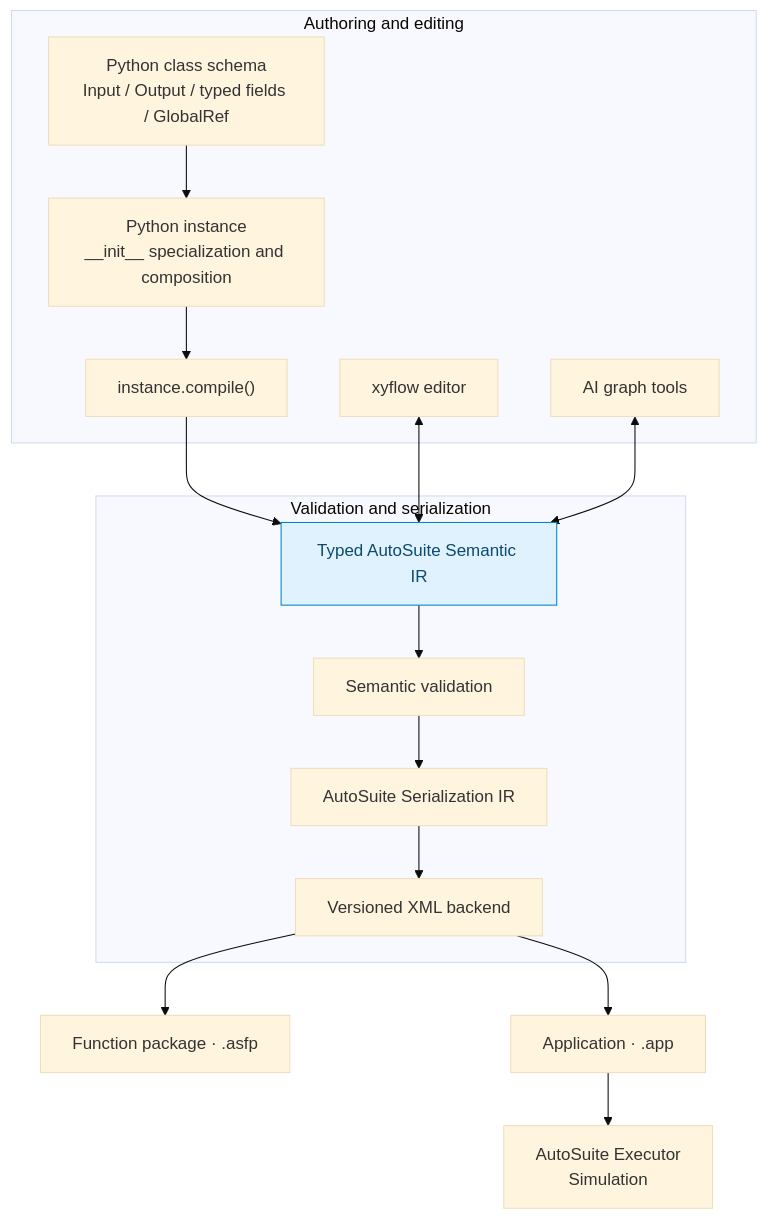
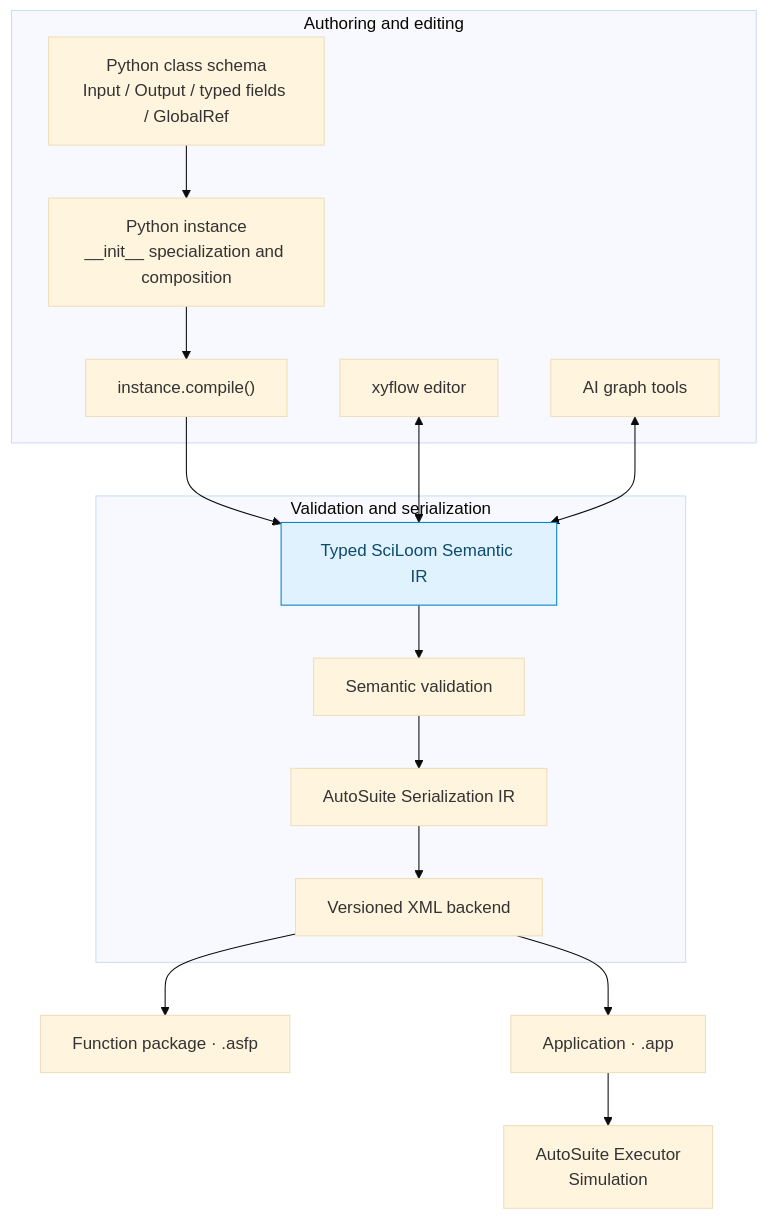
Before and after one commit to TsumiNa/sciloom: the diagram in docs/01_TARGET_ARCHITECTURE.md, drawn with Mermaid (base theme). The commit also changed 34 other files, not shown here.

First line of the commit message:
Define independently executable SciLoom IR semantics (#7)

````diff
--- a/docs/01_TARGET_ARCHITECTURE.md
+++ b/docs/01_TARGET_ARCHITECTURE.md
@@ -9,22 +9,22 @@
 ```mermaid
 flowchart TB
     subgraph Authoring["Authoring and editing"]
         Class["Python class schema<br/>Input / Output / typed fields / GlobalRef"] --> Instance["Python instance<br/>__init__ specialization and composition"]
         Instance --> Compile["instance.compile()"]
         GUI["xyflow editor"]
         AI["AI graph tools"]
     end
-    Compile --> IR["Typed AutoSuite Semantic IR"]
+    Compile --> IR["Typed SciLoom Semantic IR"]
     GUI <--> IR
     AI <--> IR
     subgraph Backend["Validation and serialization"]
         IR --> Validate["Semantic validation"]
         Validate --> SIR["AutoSuite Serialization IR"]
         SIR --> XML["Versioned XML backend"]
     end
     XML --> ASFP["Function package · .asfp"]
     XML --> APP["Application · .app"]
     APP --> Executor["AutoSuite Executor<br/>Simulation"]
     classDef core fill:#e0f2fe,stroke:#0284c7,color:#0c4a6e;
     class IR core;
 ```
````
